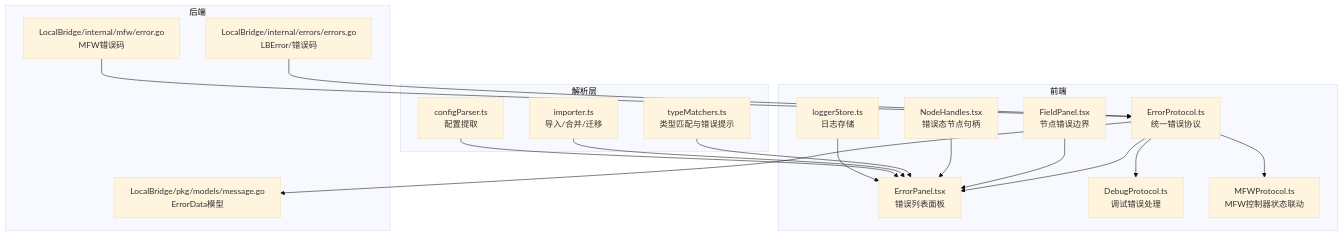
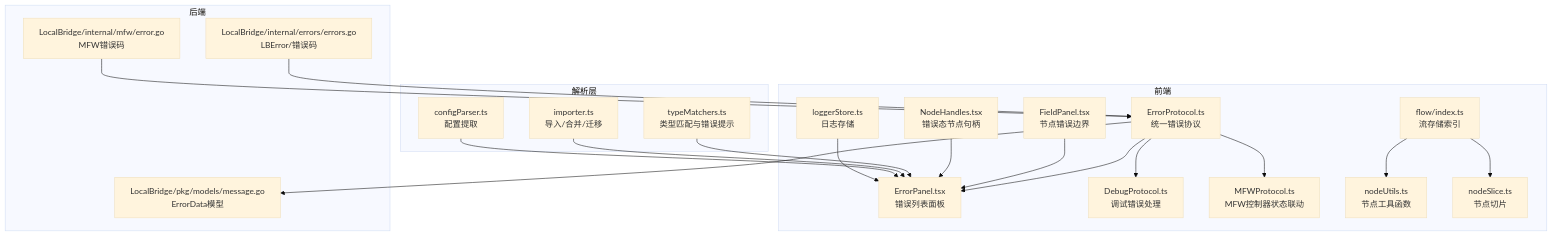
One commit to kqcoxn/MaaPipelineEditor changed the first of 6 diagrams in .qoder/repowiki/zh/content/调试与诊断/错误诊断.md. Above: the diagram before and after it, drawn with Mermaid (base theme). The commit also changed other lines of this file and 16 other files, not shown here.

````diff
--- a/.qoder/repowiki/zh/content/调试与诊断/错误诊断.md
+++ b/.qoder/repowiki/zh/content/调试与诊断/错误诊断.md
@@ -44,34 +54,39 @@
 ```mermaid
 graph TB
 subgraph "前端"
 EP["ErrorProtocol.ts<br/>统一错误协议"]
 ER["ErrorPanel.tsx<br/>错误列表面板"]
 EB["FieldPanel.tsx<br/>节点错误边界"]
 DH["NodeHandles.tsx<br/>错误态节点句柄"]
 DP["DebugProtocol.ts<br/>调试错误处理"]
 MP["MFWProtocol.ts<br/>MFW控制器状态联动"]
 LS["loggerStore.ts<br/>日志存储"]
+FS["flow/index.ts<br/>流存储索引"]
+NU["nodeUtils.ts<br/>节点工具函数"]
+NS["nodeSlice.ts<br/>节点切片"]
 end
 subgraph "后端"
 LE["LocalBridge/internal/errors/errors.go<br/>LBError/错误码"]
 LM["LocalBridge/internal/mfw/error.go<br/>MFW错误码"]
 MM["LocalBridge/pkg/models/message.go<br/>ErrorData模型"]
 end
 subgraph "解析层"
 TM["typeMatchers.ts<br/>类型匹配与错误提示"]
 IM["importer.ts<br/>导入/合并/迁移"]
 CP["configParser.ts<br/>配置提取"]
 end
 EP --> MM
 EP --> MP
 EP --> DP
 EP --> ER
 EB --> ER
 DH --> ER
+FS --> NU
+FS --> NS
 TM --> ER
 IM --> ER
 CP --> ER
 LE --> EP
 LM --> EP
 LS --> ER
 ```
````
